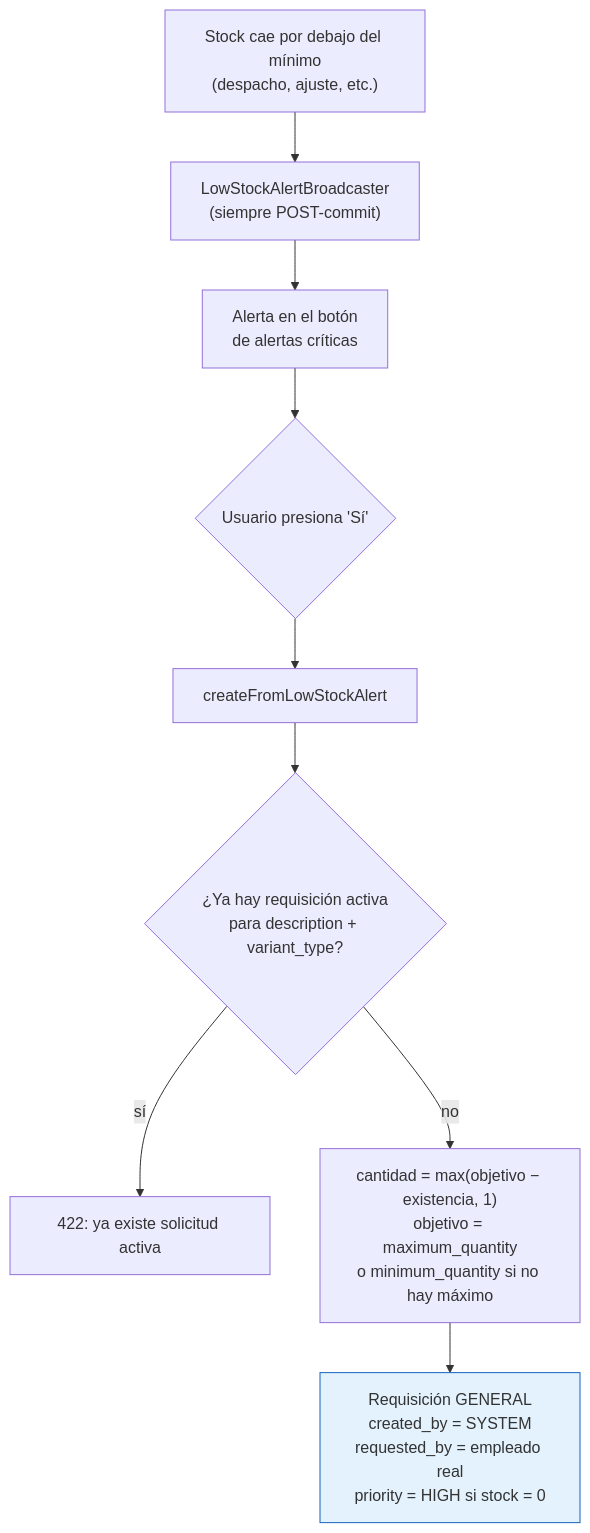
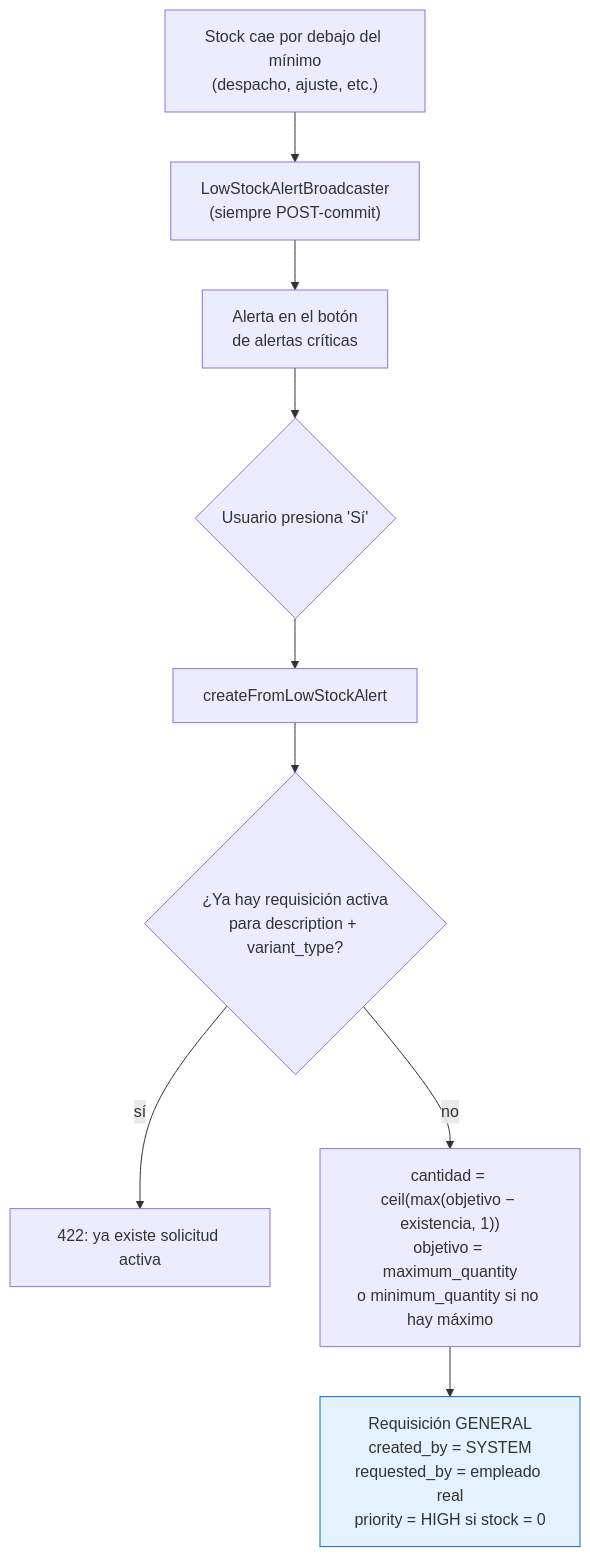
Before and after one commit to transmandu/SIGEAC_Frontend: diagram 12 of 13 in docs/manual-ciclo-de-compras.md, drawn with Mermaid. The commit also changed other lines of this file and 4 other files, not shown here.

````diff
--- a/docs/manual-ciclo-de-compras.md
+++ b/docs/manual-ciclo-de-compras.md
@@ -785,12 +790,12 @@
 ```mermaid
 flowchart TD
     S["Stock cae por debajo del mínimo<br/>(despacho, ajuste, etc.)"] --> B["LowStockAlertBroadcaster<br/>(siempre POST-commit)"]
     B --> A["Alerta en el botón<br/>de alertas críticas"]
     A --> U{"Usuario presiona 'Sí'"}
     U --> Q["createFromLowStockAlert"]
     Q --> CHK{"¿Ya hay requisición activa<br/>para description + variant_type?"}
     CHK -->|sí| ERR["422: ya existe solicitud activa"]
-    CHK -->|no| CALC["cantidad = max(objetivo − existencia, 1)<br/>objetivo = maximum_quantity<br/>o minimum_quantity si no hay máximo"]
+    CHK -->|no| CALC["cantidad = ceil(max(objetivo − existencia, 1))<br/>objetivo = maximum_quantity<br/>o minimum_quantity si no hay máximo"]
     CALC --> REQ["Requisición GENERAL<br/>created_by = SYSTEM<br/>requested_by = empleado real<br/>priority = HIGH si stock = 0"]
     style REQ fill:#e3f2fd,stroke:#1565c0
 ```
````
